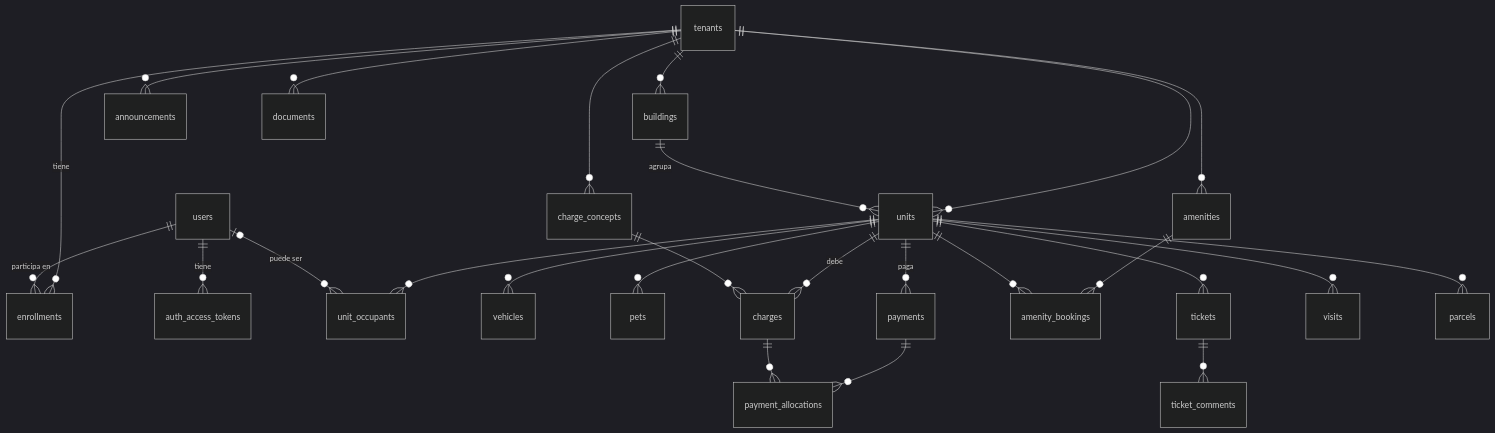
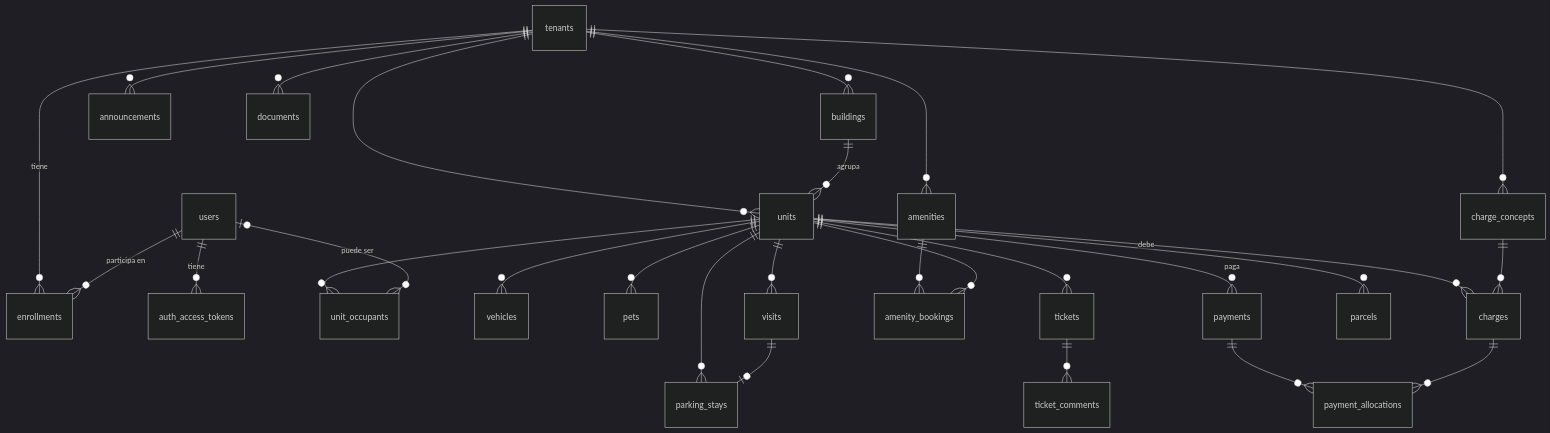
One commit to Droni-app/AptoPh changed the diagram in docs/database-model.md. Above: the diagram before and after it, drawn with Mermaid (dark theme). The commit also changed other lines of this file and 42 other files, not shown here.

````diff
--- a/docs/database-model.md
+++ b/docs/database-model.md
@@ -58,32 +58,34 @@
 ```mermaid
 erDiagram
     tenants ||--o{ enrollments : "tiene"
     users ||--o{ enrollments : "participa en"
     users ||--o{ auth_access_tokens : "tiene"
 
     tenants ||--o{ buildings : ""
     tenants ||--o{ units : ""
     buildings ||--o{ units : "agrupa"
     units ||--o{ unit_occupants : ""
     users |o--o{ unit_occupants : "puede ser"
     units ||--o{ vehicles : ""
     units ||--o{ pets : ""
 
     tenants ||--o{ charge_concepts : ""
     units ||--o{ charges : "debe"
     charge_concepts ||--o{ charges : ""
     units ||--o{ payments : "paga"
     payments ||--o{ payment_allocations : ""
     charges ||--o{ payment_allocations : ""
 
     tenants ||--o{ amenities : ""
     amenities ||--o{ amenity_bookings : ""
     units ||--o{ amenity_bookings : ""
 
     units ||--o{ tickets : ""
     tickets ||--o{ ticket_comments : ""
     units ||--o{ visits : ""
+    units ||--o{ parking_stays : ""
+    visits ||--o| parking_stays : ""
     units ||--o{ parcels : ""
     tenants ||--o{ announcements : ""
     tenants ||--o{ documents : ""
 ```
````
